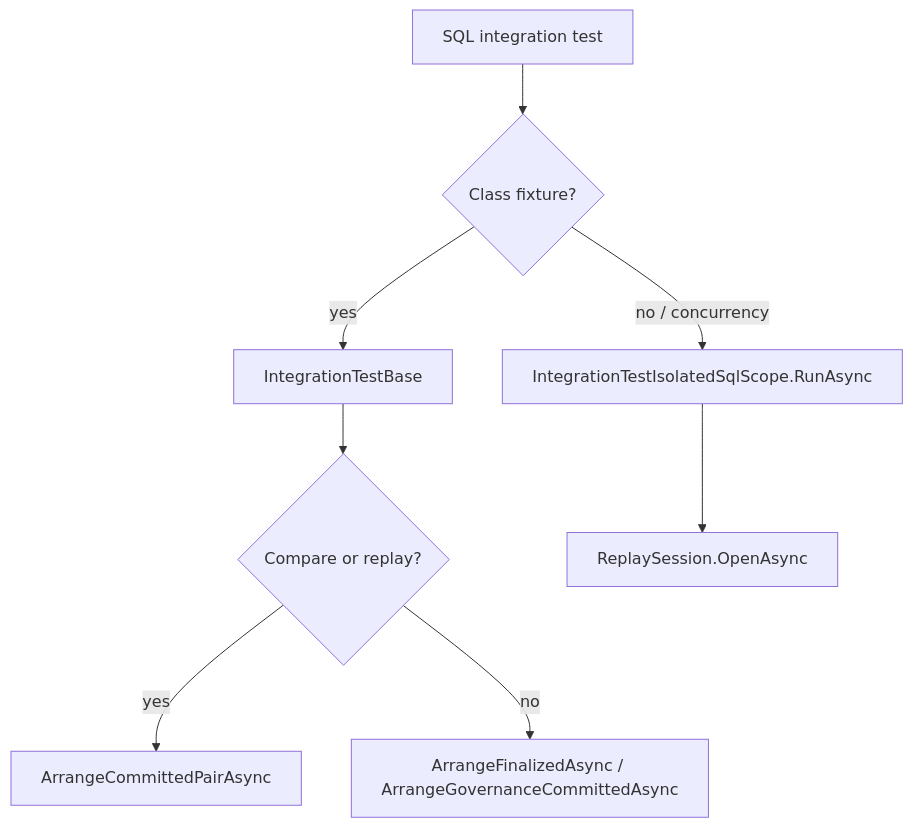
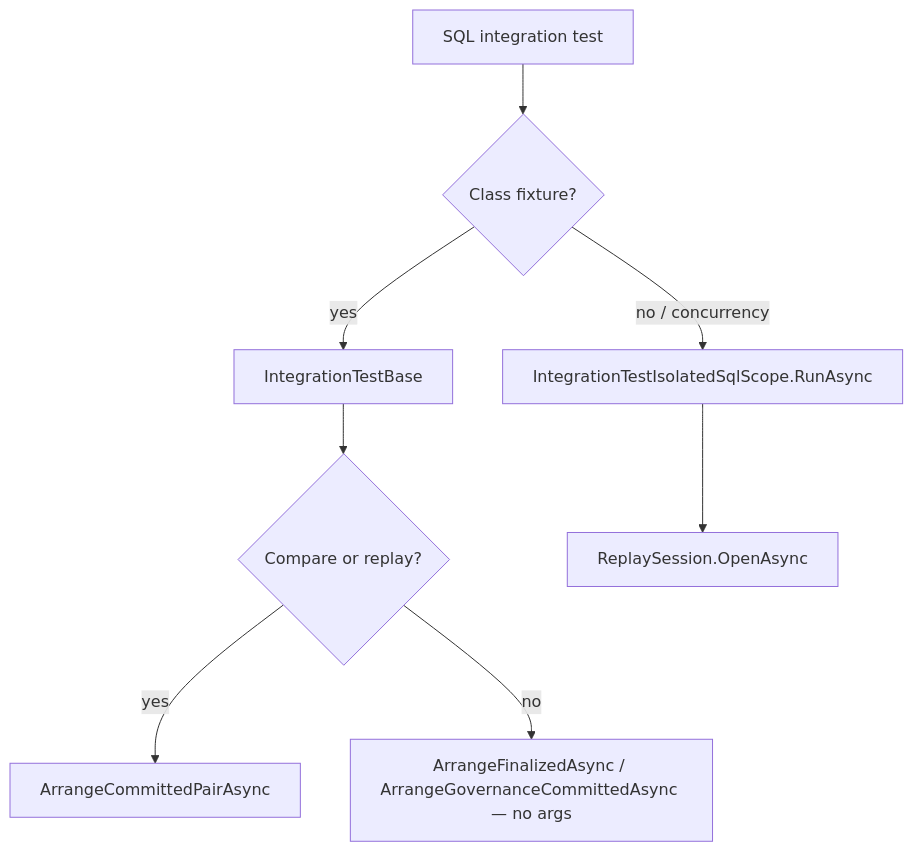
The diagram in docs/library/TEST_STRUCTURE.md (joefrancisGA/ArchLucid), drawn with Mermaid before and after one commit. The commit also changed other lines of this file and 47 other files, not shown here.

````diff
--- a/docs/library/TEST_STRUCTURE.md
+++ b/docs/library/TEST_STRUCTURE.md
@@ -280,10 +280,10 @@
 ```mermaid
 flowchart TD
   A[SQL integration test] --> B{Class fixture?}
   B -->|yes| C[IntegrationTestBase]
   B -->|no / concurrency| D[IntegrationTestIsolatedSqlScope.RunAsync]
   C --> E{Compare or replay?}
   E -->|yes| F[ArrangeCommittedPairAsync]
-  E -->|no| G[ArrangeFinalizedAsync / ArrangeGovernanceCommittedAsync]
+  E -->|no| G[ArrangeFinalizedAsync / ArrangeGovernanceCommittedAsync — no args]
   D --> H[ReplaySession.OpenAsync]
 ```
````
